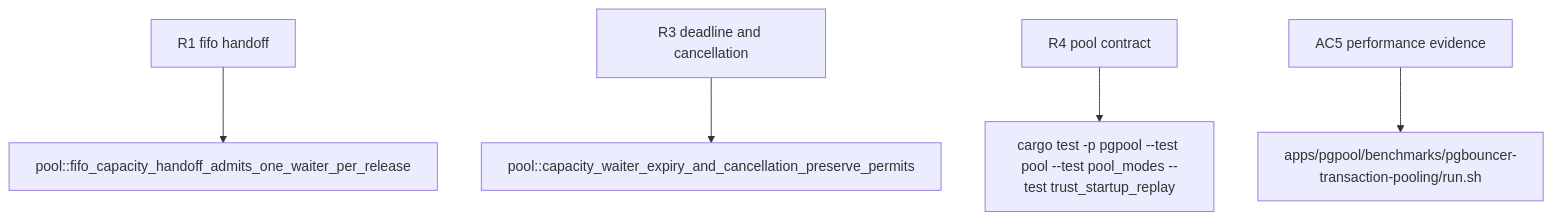
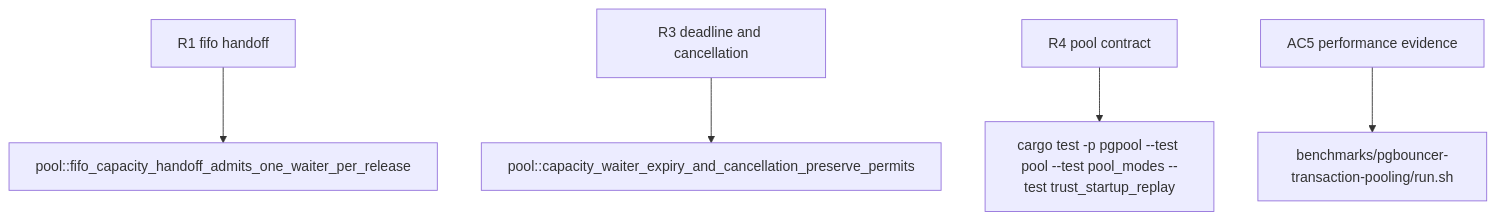
One commit to faberline/pgpool changed the second of 2 diagrams in tech-design/logic/p0-centralize-saturated-capacity-deadlines-into-a-fifo-scheduler.md. Above: the diagram before and after it, drawn with Mermaid. The commit also changed other lines of this file and 120 other files, not shown here.

````diff
--- a/tech-design/logic/p0-centralize-saturated-capacity-deadlines-into-a-fifo-scheduler.md
+++ b/tech-design/logic/p0-centralize-saturated-capacity-deadlines-into-a-fifo-scheduler.md
@@ -83,35 +83,35 @@
 ```mermaid
 ---
 id: pgpool-capacity-deadline-scheduler-verification
 requirements:
   deadline_and_cancellation:
     id: R3
     text: "Waiter expiry and cancellation preserve the original saturated error surface and cannot leak, duplicate, or steal a physical permit."
     kind: regression
     risk: high
     verify: pool::capacity_waiter_expiry_and_cancellation_preserve_permits
   fifo_handoff:
     id: R1
     text: "One available backend slot grants exactly one oldest live FIFO waiter, and successive releases preserve queue order without exceeding physical capacity."
     kind: regression
     risk: high
     verify: pool::fifo_capacity_handoff_admits_one_waiter_per_release
   performance_evidence:
     id: AC5
     text: "Meter is diagnostic only and the unchanged competitor benchmark is retained only after error-free unsampled release wins."
     kind: e2e
     risk: high
-    verify: apps/pgpool/benchmarks/pgbouncer-transaction-pooling/run.sh
+    verify: benchmarks/pgbouncer-transaction-pooling/run.sh
   pool_contract:
     id: R4
     text: "Replay cache broadcast stays independent while transaction reuse, reset isolation, liveness, and session state remain correct under queued acquisition."
     kind: integration
     risk: high
     verify: cargo test -p pgpool --test pool --test pool_modes --test trust_startup_replay
 ---
 flowchart TD
     r1[R1 fifo handoff] --> pool_fifo_capacity_handoff_admits_one_waiter_per_release[pool::fifo_capacity_handoff_admits_one_waiter_per_release]
     r3[R3 deadline and cancellation] --> pool_capacity_waiter_expiry_and_cancellation_preserve_permits[pool::capacity_waiter_expiry_and_cancellation_preserve_permits]
     r4[R4 pool contract] --> cargo_test_p_pgpool_test_pool_test_pool_modes_test_trust_startup_replay[cargo test -p pgpool --test pool --test pool_modes --test trust_startup_replay]
-    ac5[AC5 performance evidence] --> apps_pgpool_benchmarks_pgbouncer_transaction_pooling_run_sh[apps/pgpool/benchmarks/pgbouncer-transaction-pooling/run.sh]
+    ac5[AC5 performance evidence] --> apps_pgpool_benchmarks_pgbouncer_transaction_pooling_run_sh[benchmarks/pgbouncer-transaction-pooling/run.sh]
 ```
````
